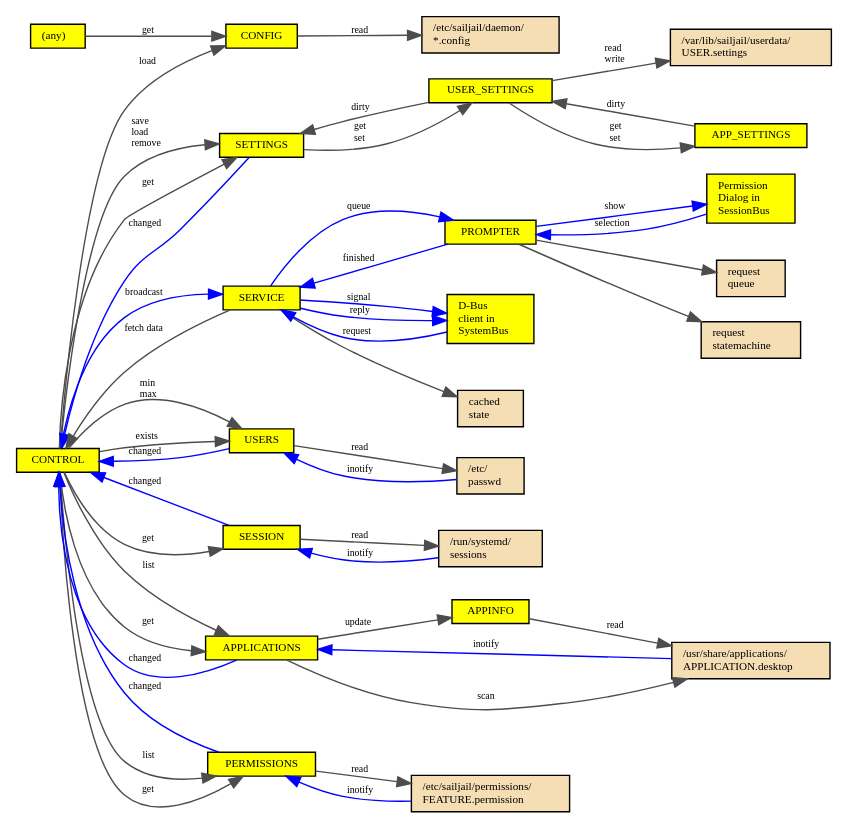
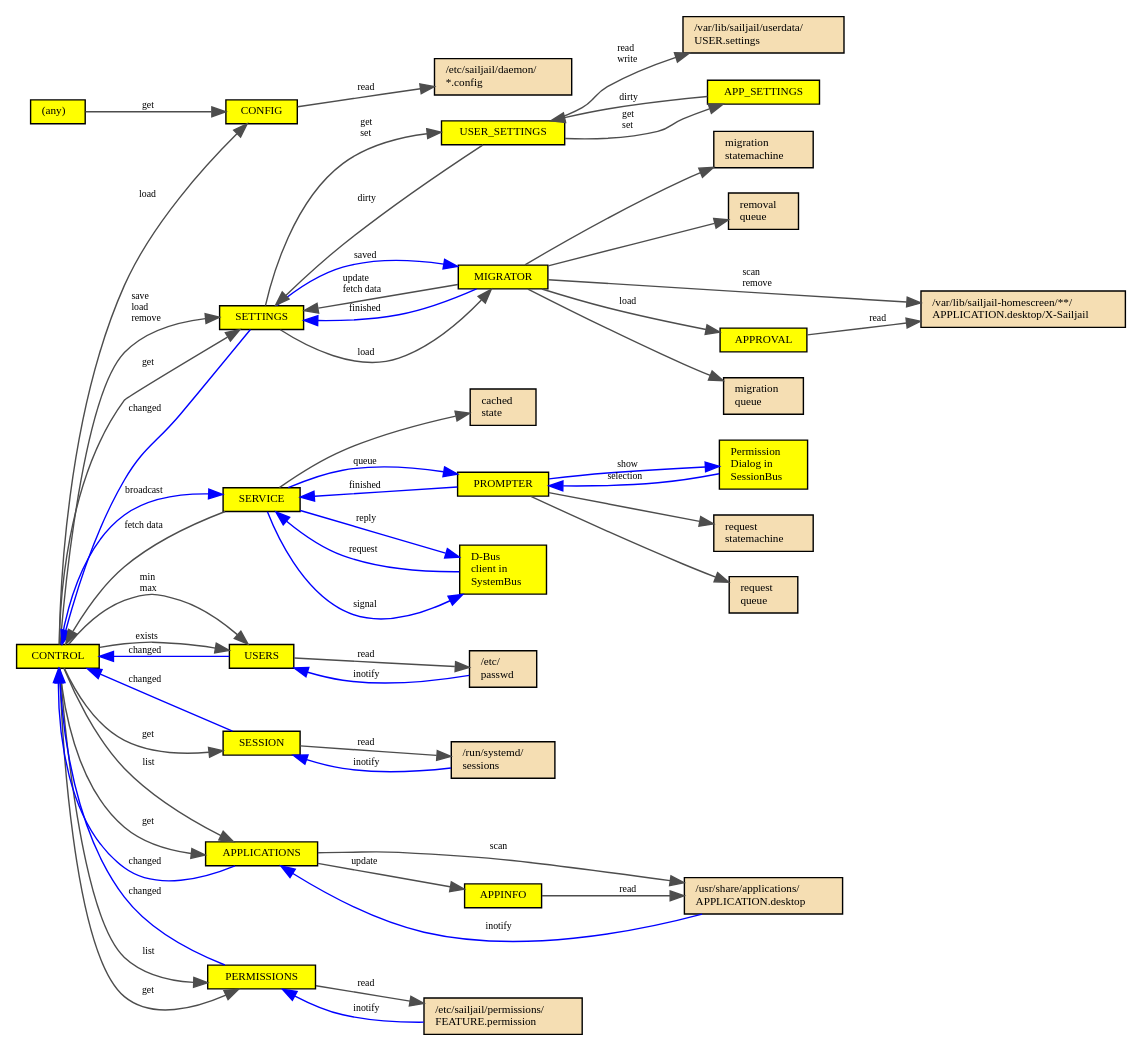
The diagram in daemon/sailjaild.dot (sailfishos/sailjail), drawn with Graphviz before and after one commit.

Commit message:
Update sailjaild.dot
Add migrator component.

```diff
--- a/daemon/sailjaild.dot
+++ b/daemon/sailjaild.dot
@@ -1,128 +1,149 @@
 /* -*- mode: c -*- */
 digraph foo {
   rankdir=LR;
   node[shape=box];
   node[style=filled]
   node[fillcolor=wheat];
   node[width=0.001];
   node[height=0.001];
   node[fontsize=8];
 
   edge[fontsize=7];
   edge[color=grey30];
 
   /* - - - - - - - - - - - - - - - - - - - *
    * PROCESSES
    * - - - - - - - - - - - - - - - - - - - */
 
   node[fillcolor=yellow];
   CONTROL;
   SETTINGS;
   USER_SETTINGS;
   APP_SETTINGS;
   CONFIG;
+  MIGRATOR;
+  APPROVAL;
   PROMPTER;
   SERVICE;
   USERS;
   APPLICATIONS;
   APPINFO;
   PERMISSIONS;
   SESSION;
   WINDOW_PROMPT         [label=" Permission\l Dialog in\l SessionBus\l"]
   ANY                   [label=" (any)\l"]
   DBUS_CLIENT           [label=" D-Bus\l client in\l SystemBus\l"]
 
   /* - - - - - - - - - - - - - - - - - - - *
    * DATASTORES
    * - - - - - - - - - - - - - - - - - - - */
 
   node[fillcolor=wheat];
   SETTINGS_FILES        [label=" /var/lib/sailjail/userdata/\l USER.settings\l"];
   PASSWD_FILE           [label=" /etc/\l passwd\l"];
   PERMISSION_FILES      [label=" /etc/sailjail/permissions/\l FEATURE.permission\l"]
   DESKTOP_FILES         [label=" /usr/share/applications/\l APPLICATION.desktop\l"]
   DAEMON_CONFIG         [label=" /etc/sailjail/daemon/\l *.config\l"]
   SERVICE_STATE         [label=" cached\l state\l"]
   PROMPTER_QUEUE        [label=" request\l queue\l"]
   PROMPTER_STM          [label=" request\l statemachine\l"]
+  MIGRATOR_QUEUE        [label=" migration\l queue\l"]
+  MIGRATOR_STM          [label=" migration\l statemachine\l"]
+  REMOVAL_QUEUE         [label=" removal\l queue\l"]
+  APPROVAL_FILES        [label=" /var/lib/sailjail-homescreen/**/\l APPLICATION.desktop/X-Sailjail\l"]
   SESSION_STATE         [label=" /run/systemd/\l sessions\l"];
 
   /* - - - - - - - - - - - - - - - - - - - *
    * DATAFLOWS (SYNC)
    * - - - - - - - - - - - - - - - - - - - */
 
   edge[color=grey30];
 
   SETTINGS -> USER_SETTINGS       [label=" get\l set\l"];
 
   USER_SETTINGS -> APP_SETTINGS   [label=" get\l set\l"];
   USER_SETTINGS -> SETTINGS_FILES [label=" read\l write\l"];
 
   APP_SETTINGS -> USER_SETTINGS   [label=" dirty\l"];
   USER_SETTINGS -> SETTINGS       [label=" dirty\l"];
 
   CONTROL -> SETTINGS             [label=" save\l load\l remove\l"];
   CONTROL -> SETTINGS             [label=" get\l"];
 
   CONTROL -> USERS                [label=" min\l max\l"];
   CONTROL -> USERS                [label=" exists\l"];
 
   USERS -> PASSWD_FILE            [label=" read\l"];
 
   CONTROL -> CONFIG               [label=" load\l"];
   ANY -> CONFIG                   [label=" get\l"];
   CONFIG -> DAEMON_CONFIG         [label=" read\l"];
 
   CONTROL -> APPLICATIONS         [label=" list\l"];
   CONTROL -> APPLICATIONS         [label=" get\l"];
 
   CONTROL -> PERMISSIONS          [label=" list\l"];
   CONTROL -> PERMISSIONS          [label=" get\l"];
   PERMISSIONS -> PERMISSION_FILES [label=" read\l"];
 
   SERVICE -> CONTROL              [label=" fetch data\l"];
 
   SERVICE -> SERVICE_STATE;
 
   PROMPTER -> PROMPTER_QUEUE;
   PROMPTER -> PROMPTER_STM;
 
   CONTROL -> SESSION              [label=" get\l"]
 
+  SETTINGS -> MIGRATOR            [label=" load\l"];
+
+  MIGRATOR -> SETTINGS            [label=" update\l fetch data\l"];
+
+  MIGRATOR -> MIGRATOR_QUEUE;
+  MIGRATOR -> MIGRATOR_STM;
+  MIGRATOR -> REMOVAL_QUEUE;
+
+  MIGRATOR -> APPROVAL            [label=" load\l"];
+  APPROVAL -> APPROVAL_FILES      [label=" read\l"];
+  MIGRATOR -> APPROVAL_FILES      [label=" scan\l remove\l"];
+
   SESSION -> SESSION_STATE        [label=" read\l"]
 
   APPLICATIONS -> APPINFO         [label=" update\l"];
   APPINFO -> DESKTOP_FILES        [label=" read\l"];
   APPLICATIONS -> DESKTOP_FILES   [label=" scan\l"];
 
   /* - - - - - - - - - - - - - - - - - - - *
    * DATAFLOWS (ASYNC)
    * - - - - - - - - - - - - - - - - - - - */
   edge[color=blue];
 
   PASSWD_FILE -> USERS            [label=" inotify\l"];
   USERS -> CONTROL                [label=" changed\l"];
 
   DESKTOP_FILES -> APPLICATIONS   [label=" inotify\l"];
   APPLICATIONS -> CONTROL         [label=" changed\l"];
 
   PERMISSION_FILES -> PERMISSIONS [label=" inotify\l"];
   PERMISSIONS -> CONTROL          [label=" changed\l"];
 
+  SETTINGS -> MIGRATOR            [label=" saved\l"];
+  MIGRATOR -> SETTINGS            [label=" finished\l"];
+
   CONTROL -> SERVICE              [label=" broadcast\l"];
   SERVICE -> DBUS_CLIENT          [label=" signal\l"];
   SERVICE -> DBUS_CLIENT          [label=" reply\l"];
   DBUS_CLIENT -> SERVICE          [label=" request\l"];
 
   SERVICE -> PROMPTER             [label=" queue\l"];
   PROMPTER -> SERVICE             [label=" finished\l"];
 
   PROMPTER -> WINDOW_PROMPT       [label=" show\l"];
   WINDOW_PROMPT -> PROMPTER       [label=" selection\l"];
 
   SESSION -> CONTROL              [label=" changed\l"]
 
   SESSION_STATE -> SESSION        [label=" inotify\l"]
 
   SETTINGS -> CONTROL             [label=" changed\l"];
 }
```
